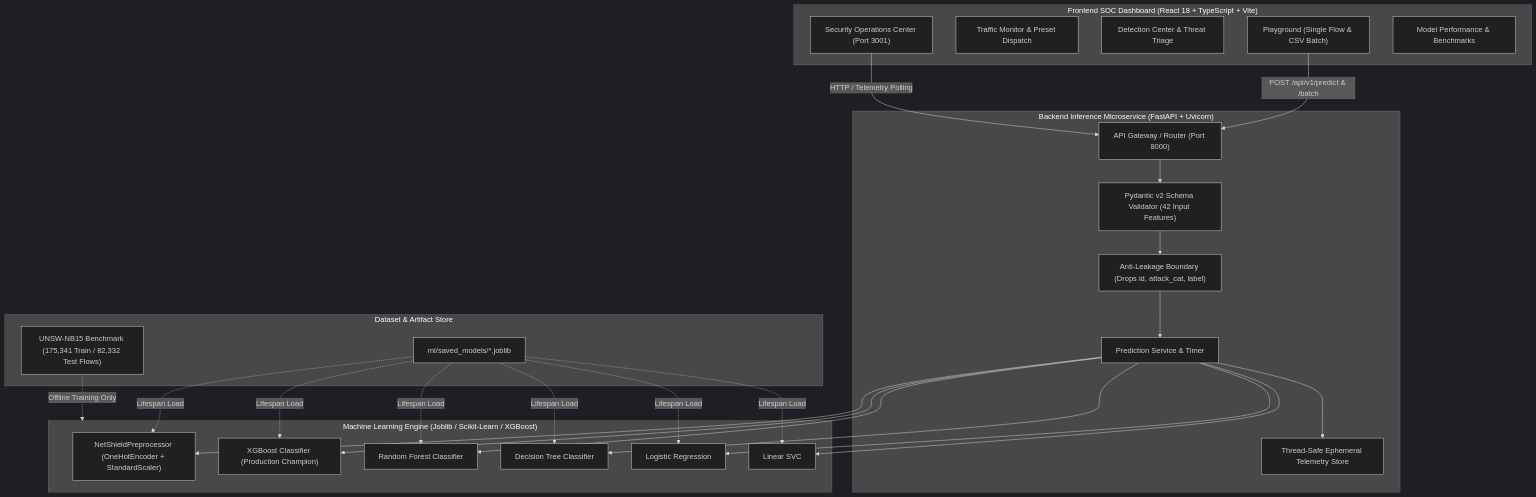
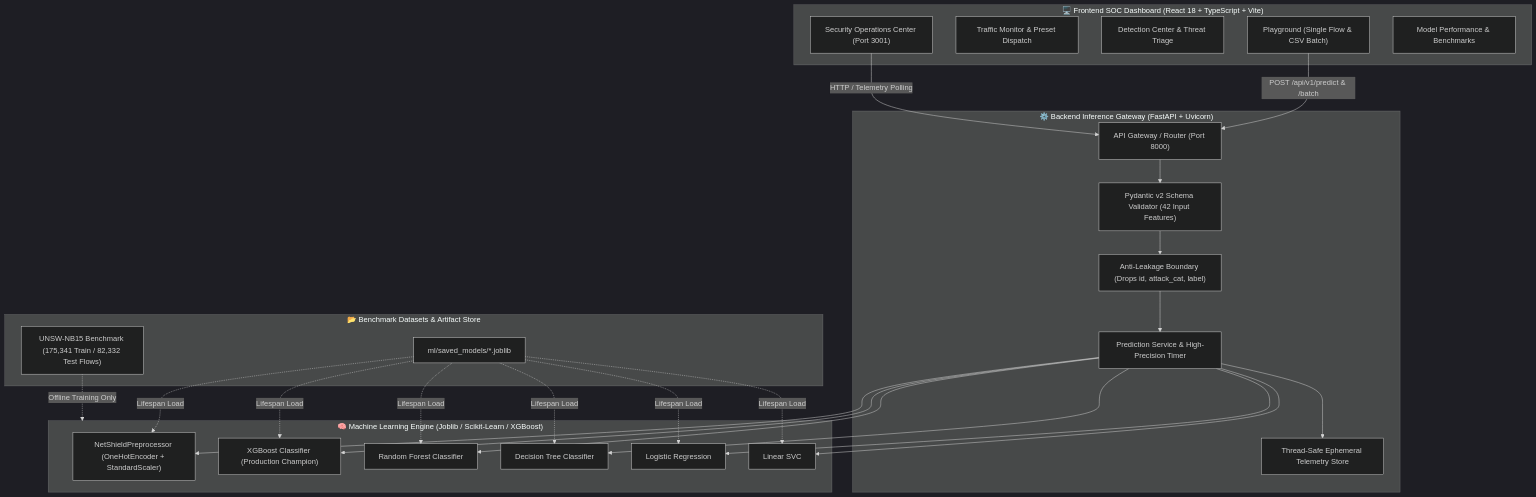
Before and after one commit to gopaljilab/NetShield: the first of 2 diagrams in README.md, drawn with Mermaid (dark theme). The commit also changed other lines of this file, not shown here.

Commit message:
docs: upgrade README.md with high-polish structure, badges, and quick-start workflow

````diff
--- a/README.md
+++ b/README.md
@@ -55,45 +146,45 @@
 ```mermaid
 flowchart TD
-    subgraph Client["Frontend SOC Dashboard (React 18 + TypeScript + Vite)"]
+    subgraph Client["🖥️ Frontend SOC Dashboard (React 18 + TypeScript + Vite)"]
         UI_Dash["Security Operations Center (Port 3001)"]
         UI_Traffic["Traffic Monitor & Preset Dispatch"]
         UI_Detections["Detection Center & Threat Triage"]
         UI_Playground["Playground (Single Flow & CSV Batch)"]
         UI_Bench["Model Performance & Benchmarks"]
     end
 
-    subgraph API["Backend Inference Microservice (FastAPI + Uvicorn)"]
+    subgraph API["⚙️ Backend Inference Gateway (FastAPI + Uvicorn)"]
         Router["API Gateway / Router (Port 8000)"]
         Val["Pydantic v2 Schema Validator (42 Input Features)"]
         AntiLeak["Anti-Leakage Boundary (Drops id, attack_cat, label)"]
-        Inference["Prediction Service & Timer"]
+        Inference["Prediction Service & High-Precision Timer"]
         Metrics["Thread-Safe Ephemeral Telemetry Store"]
     end
 
-    subgraph Models["Machine Learning Engine (Joblib / Scikit-Learn / XGBoost)"]
+    subgraph Models["🧠 Machine Learning Engine (Joblib / Scikit-Learn / XGBoost)"]
         Prep["NetShieldPreprocessor (OneHotEncoder + StandardScaler)"]
         XGB["XGBoost Classifier (Production Champion)"]
         RF["Random Forest Classifier"]
         DT["Decision Tree Classifier"]
         LR["Logistic Regression"]
         SVC["Linear SVC"]
     end
 
-    subgraph Data["Dataset & Artifact Store"]
+    subgraph Data["📂 Benchmark Datasets & Artifact Store"]
         UNSW["UNSW-NB15 Benchmark (175,341 Train / 82,332 Test Flows)"]
         JoblibArtifacts["ml/saved_models/*.joblib"]
     end
 
     UI_Dash -->|HTTP / Telemetry Polling| Router
     UI_Playground -->|POST /api/v1/predict & /batch| Router
     Router --> Val --> AntiLeak --> Inference
     Inference --> Prep
     Inference --> XGB
     Inference --> RF
     Inference --> DT
     Inference --> LR
     Inference --> SVC
     Inference --> Metrics
     JoblibArtifacts -.->|Lifespan Load| Prep & XGB & RF & DT & LR & SVC
     UNSW -.->|Offline Training Only| Models
 ```
````
